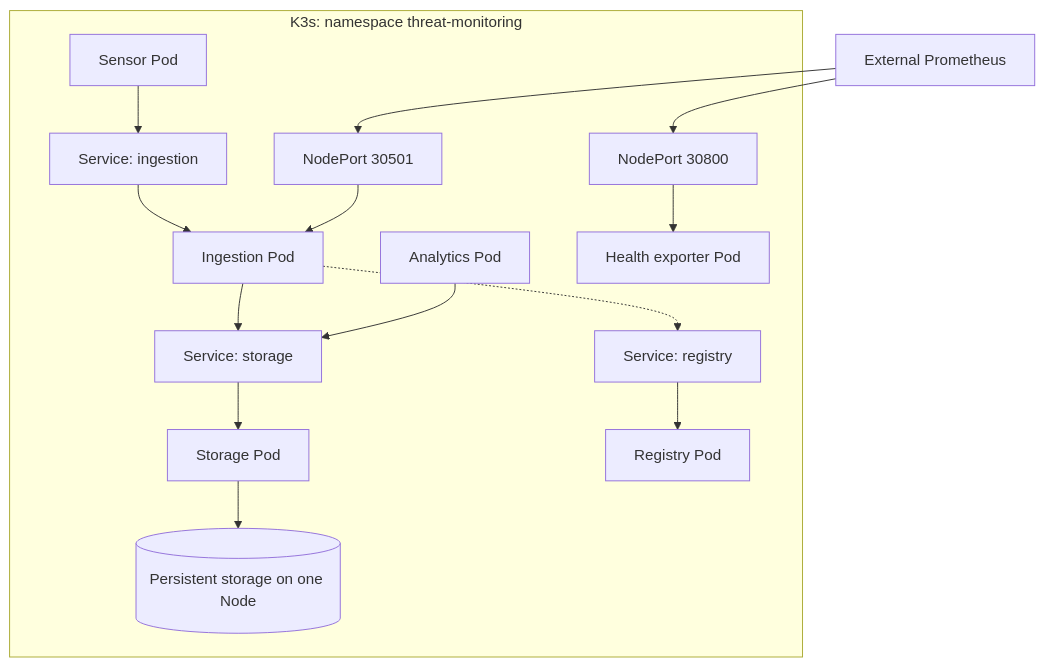
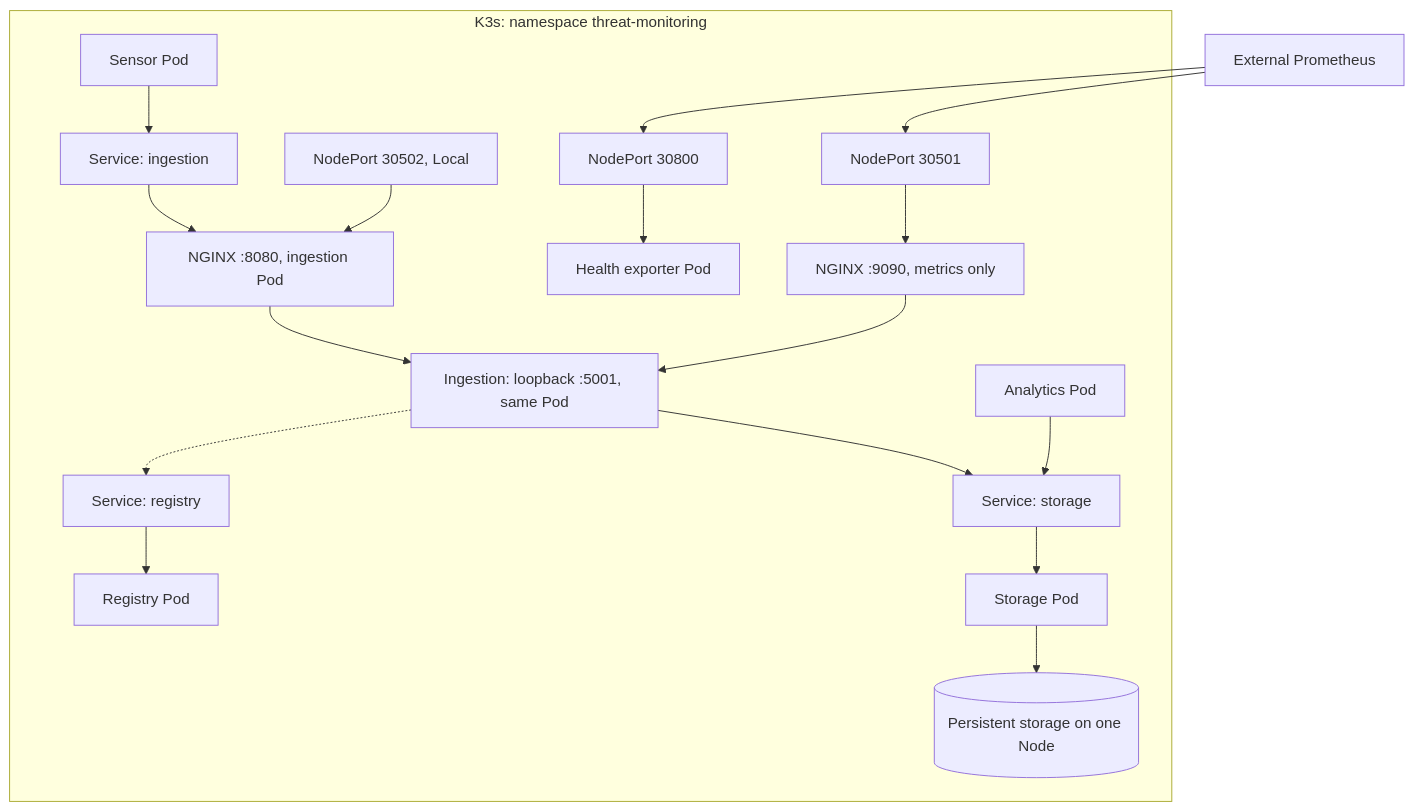
Before and after one commit to tfdmendes/ssle-threat-monitoring: the third of 5 diagrams in README.md, drawn with Mermaid. The commit also changed other lines of this file and 7 other files, not shown here.

First line of the commit message:
feat(ingestion): route POST requests through NGINX

````diff
--- a/README.md
+++ b/README.md
@@ -121,17 +131,20 @@
 ```mermaid
 flowchart TB
     subgraph Cluster["K3s: namespace threat-monitoring"]
         Sensor["Sensor Pod"] --> IngestionService["Service: ingestion"]
-        IngestionService --> Ingestion["Ingestion Pod"]
+        IngestionService --> Proxy["NGINX :8080, ingestion Pod"]
+        Public["NodePort 30502, Local"] --> Proxy
+        Proxy --> Ingestion["Ingestion: loopback :5001, same Pod"]
         Ingestion --> StorageService["Service: storage"]
         Analytics["Analytics Pod"] --> StorageService
         StorageService --> Storage["Storage Pod"]
         Ingestion -.-> RegistryService["Service: registry"]
         RegistryService --> Registry["Registry Pod"]
         Storage --> Volume[("Persistent storage on one Node")]
-        Metrics["NodePort 30501"] --> Ingestion
+        Metrics["NodePort 30501"] --> MetricsProxy["NGINX :9090, metrics only"]
+        MetricsProxy --> Ingestion
         HealthPort["NodePort 30800"] --> Exporter["Health exporter Pod"]
     end
     Prometheus["External Prometheus"] --> Metrics
     Prometheus --> HealthPort
 ```
````
